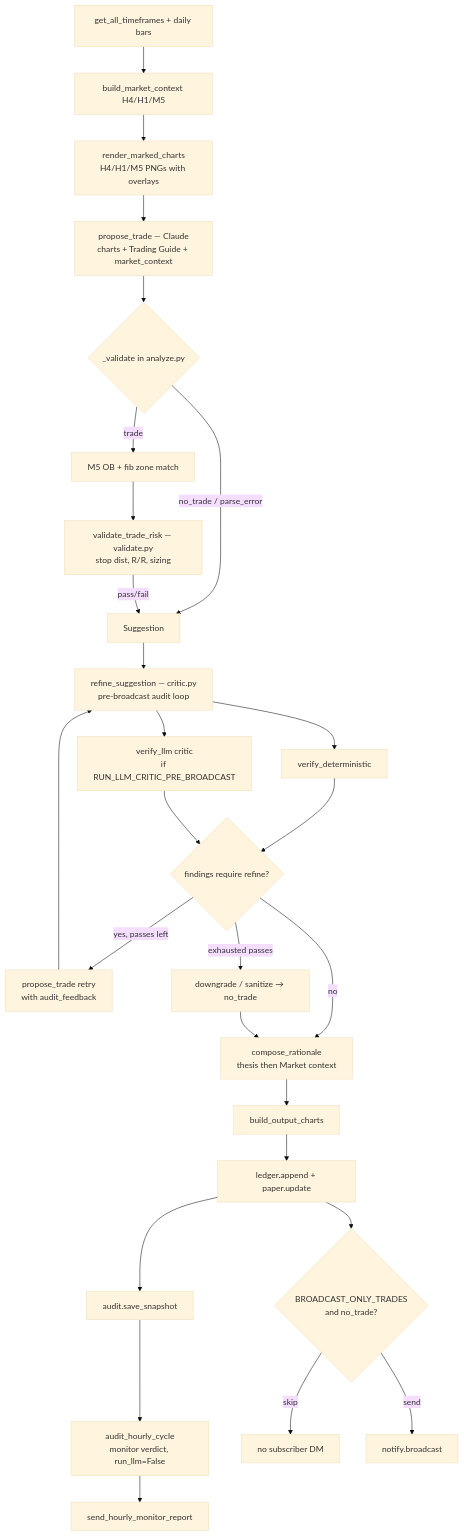
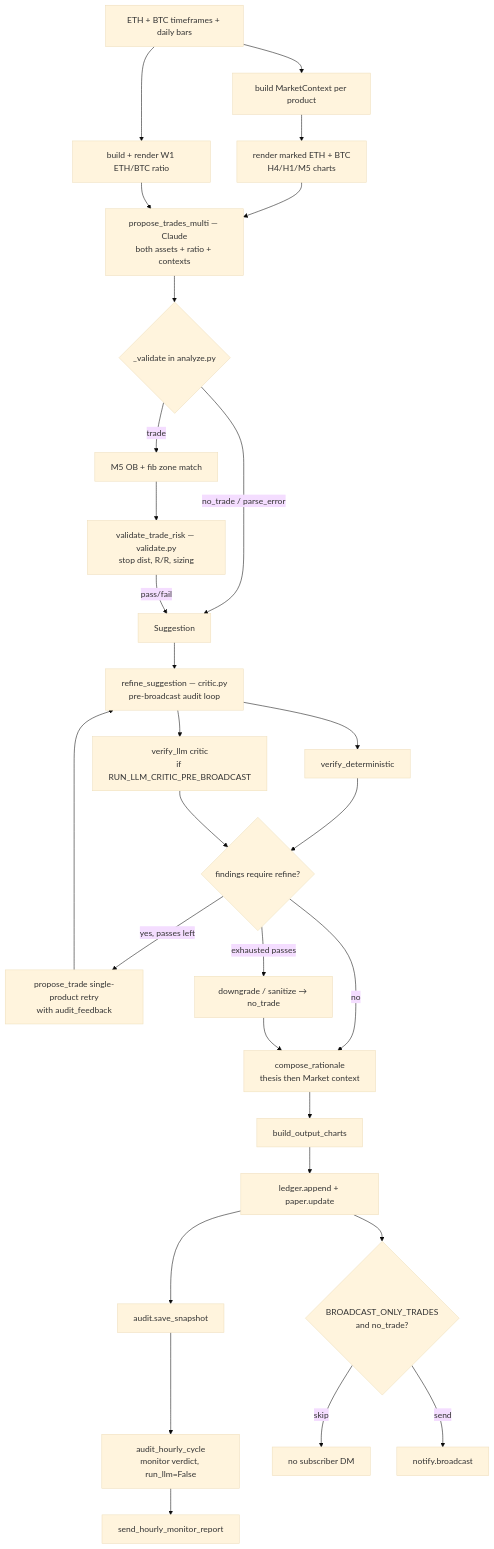
The third of 6 diagrams in deploy/PROJECT_STATE.md (abagui11/kalshi_trading_bot), drawn with Mermaid (base theme) before and after one commit. The commit also changed other lines of this file and 33 other files, not shown here.

First line of the commit message:
Ship dual-asset ETH/BTC paper book with Fund contributions and USD-notional sizing.

````diff
--- a/deploy/PROJECT_STATE.md
+++ b/deploy/PROJECT_STATE.md
@@ -100,32 +106,34 @@
 ```mermaid
 flowchart TD
-    D1[get_all_timeframes + daily bars] --> CTX[build_market_context H4/H1/M5]
-    CTX --> CH1[render_marked_charts<br/>H4/H1/M5 PNGs with overlays]
-    CH1 --> PT[propose_trade — Claude<br/>charts + Trading Guide + market_context]
+    D1[ETH + BTC timeframes + daily bars] --> CTX[build MarketContext per product]
+    CTX --> CH1[render marked ETH + BTC<br/>H4/H1/M5 charts]
+    D1 --> RS[build + render W1 ETH/BTC ratio]
+    CH1 --> PT[propose_trades_multi — Claude<br/>both assets + ratio + contexts]
+    RS --> PT
 
     PT --> V1{_validate in analyze.py}
     V1 -->|trade| V1a[M5 OB + fib zone match]
     V1a --> V1b[validate_trade_risk — validate.py<br/>stop dist, R/R, sizing]
     V1 -->|no_trade / parse_error| S0[Suggestion]
     V1b -->|pass/fail| S0
 
     S0 --> REF[refine_suggestion — critic.py<br/>pre-broadcast audit loop]
     REF --> FD[verify_deterministic]
     REF --> FL[verify_llm critic<br/>if RUN_LLM_CRITIC_PRE_BROADCAST]
     FD --> OK{findings require refine?}
     FL --> OK
     OK -->|yes, passes left| RETRY[propose_trade retry<br/>with audit_feedback]
-    RETRY --> REF
+    RETRY[propose_trade single-product retry<br/>with audit_feedback] --> REF
     OK -->|exhausted passes| DOWN[downgrade / sanitize → no_trade]
     OK -->|no| CR[compose_rationale<br/>thesis then Market context]
     DOWN --> CR
 
     CR --> OC[build_output_charts]
     OC --> LG[ledger.append + paper.update]
     LG --> SNAP[audit.save_snapshot]
     SNAP --> MON[audit_hourly_cycle<br/>monitor verdict, run_llm=False]
     MON --> MRPT[send_hourly_monitor_report]
     LG --> BC{BROADCAST_ONLY_TRADES<br/>and no_trade?}
     BC -->|skip| SKIP[no subscriber DM]
     BC -->|send| BDM[notify.broadcast]
 ```
````
